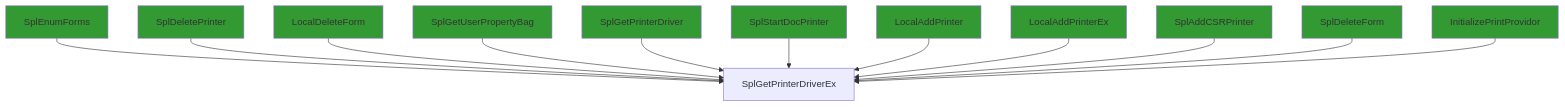
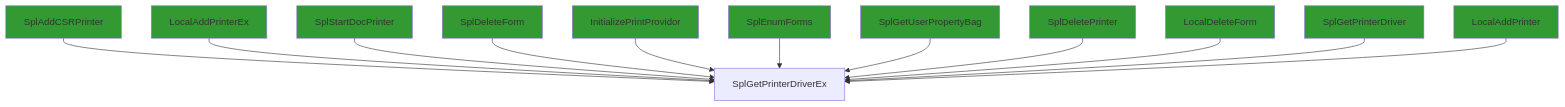
One commit to clearbluejar/ghidra-pyhidra-callgraphs changed the second of 4 diagrams in .callgraphs/localspl.dll.x64.10.0.22000.376/SplGetPrinterDriverEx.flow.md. Above: the diagram before and after it, drawn with Mermaid. The commit also changed other lines of this file and 15 other files, not shown here.

Commit message:
update with mermaid live links

````diff
--- a/.callgraphs/localspl.dll.x64.10.0.22000.376/SplGetPrinterDriverEx.flow.md
+++ b/.callgraphs/localspl.dll.x64.10.0.22000.376/SplGetPrinterDriverEx.flow.md
@@ -88,16 +92,16 @@
 ```mermaid
 flowchart TD
 classDef shaded fill:#339933
-1["SplEnumForms"]:::shaded --> root["SplGetPrinterDriverEx"]
-2["SplDeletePrinter"]:::shaded --> root["SplGetPrinterDriverEx"]
-0["LocalDeleteForm"]:::shaded --> root["SplGetPrinterDriverEx"]
+0["SplAddCSRPrinter"]:::shaded --> root["SplGetPrinterDriverEx"]
+10["LocalAddPrinterEx"]:::shaded --> root["SplGetPrinterDriverEx"]
+4["SplStartDocPrinter"]:::shaded --> root["SplGetPrinterDriverEx"]
+2["SplDeleteForm"]:::shaded --> root["SplGetPrinterDriverEx"]
+7["InitializePrintProvidor"]:::shaded --> root["SplGetPrinterDriverEx"]
+8["SplEnumForms"]:::shaded --> root["SplGetPrinterDriverEx"]
 6["SplGetUserPropertyBag"]:::shaded --> root["SplGetPrinterDriverEx"]
-7["SplGetPrinterDriver"]:::shaded --> root["SplGetPrinterDriverEx"]
-8["SplStartDocPrinter"]:::shaded --> root["SplGetPrinterDriverEx"]
-10["LocalAddPrinter"]:::shaded --> root["SplGetPrinterDriverEx"]
-4["LocalAddPrinterEx"]:::shaded --> root["SplGetPrinterDriverEx"]
-9["SplAddCSRPrinter"]:::shaded --> root["SplGetPrinterDriverEx"]
-5["SplDeleteForm"]:::shaded --> root["SplGetPrinterDriverEx"]
-3["InitializePrintProvidor"]:::shaded --> root["SplGetPrinterDriverEx"]
+5["SplDeletePrinter"]:::shaded --> root["SplGetPrinterDriverEx"]
+1["LocalDeleteForm"]:::shaded --> root["SplGetPrinterDriverEx"]
+3["SplGetPrinterDriver"]:::shaded --> root["SplGetPrinterDriverEx"]
+9["LocalAddPrinter"]:::shaded --> root["SplGetPrinterDriverEx"]
 
 ```
````
